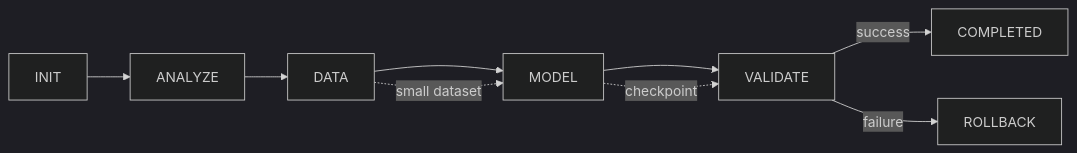
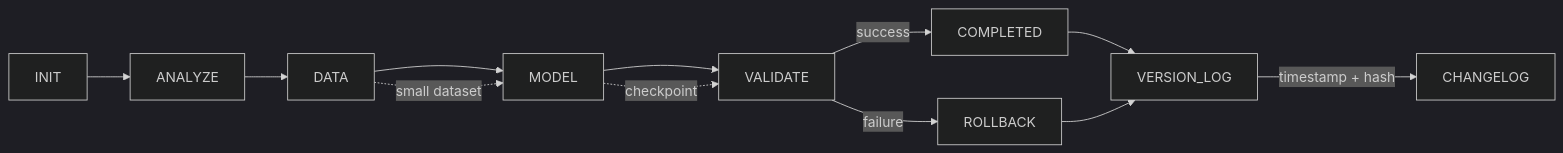
Before and after one commit to kleosr/cursorkleosr: the diagram in workflow_state.md, drawn with Mermaid (dark theme). The commit also changed other lines of this file and 3 other files, not shown here.

````diff
--- a/workflow_state.md
+++ b/workflow_state.md
@@ -57,8 +64,11 @@
 ```mermaid
 graph LR
     INIT --> ANALYZE --> DATA --> MODEL --> VALIDATE
     VALIDATE -->|success| COMPLETED
     VALIDATE -->|failure| ROLLBACK
     DATA -.->|small dataset| MODEL
     MODEL -.->|checkpoint| VALIDATE
+    COMPLETED --> VERSION_LOG
+    ROLLBACK --> VERSION_LOG
+    VERSION_LOG -->|timestamp + hash| CHANGELOG
 ```
````
